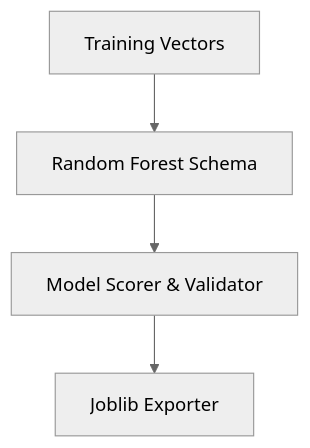
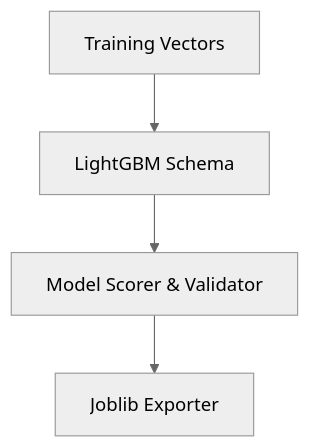
The sixth of 10 diagrams in SSDS_Section_10_Draft.md (anthony-lamelas/OnTime), drawn with Mermaid (neutral theme) before and after one commit. The commit also changed other lines of this file and 1 other file, not shown here.

````diff
--- a/SSDS_Section_10_Draft.md
+++ b/SSDS_Section_10_Draft.md
@@ -109,6 +109,6 @@
 ```mermaid
 flowchart TD
-    Input[Training Vectors] --> RF[Random Forest Schema]
-    RF --> Eval[Model Scorer & Validator]
+    Input[Training Vectors] --> LGBM[LightGBM Schema]
+    LGBM --> Eval[Model Scorer & Validator]
     Eval --> Exporter[Joblib Exporter]
 ```
````
